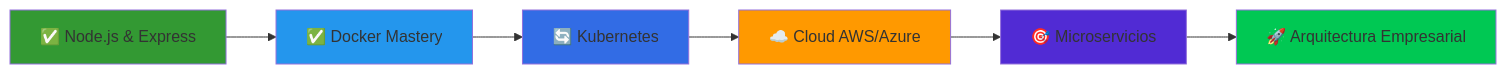
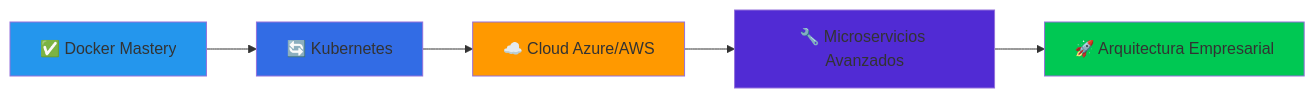
Before and after one commit to Doker367/Doker367: the diagram in README.md, drawn with Mermaid. The commit also changed other lines of this file, not shown here.

````diff
--- a/README.md
+++ b/README.md
@@ -498,15 +299,13 @@
 ```mermaid
 graph LR
-    A[✅ Node.js & Express] --> B[✅ Docker Mastery]
-    B --> C[🔄 Kubernetes]
-    C --> D[☁️ Cloud AWS/Azure]
-    D --> E[🎯 Microservicios]
-    E --> F[🚀 Arquitectura Empresarial]
+    A[✅ Docker Mastery] --> B[🔄 Kubernetes]
+    B --> C[☁️ Cloud Azure/AWS]
+    C --> D[🔧 Microservicios Avanzados]
+    D --> E[🚀 Arquitectura Empresarial]
     
-    style A fill:#339933
-    style B fill:#2496ED
-    style C fill:#326CE5
-    style D fill:#FF9900
-    style E fill:#512BD4
-    style F fill:#00C853
+    style A fill:#2496ED
+    style B fill:#326CE5
+    style C fill:#FF9900
+    style D fill:#512BD4
+    style E fill:#00C853
 ```
````
